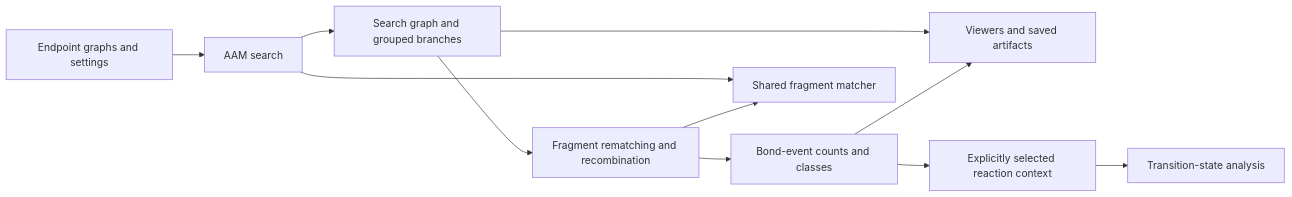
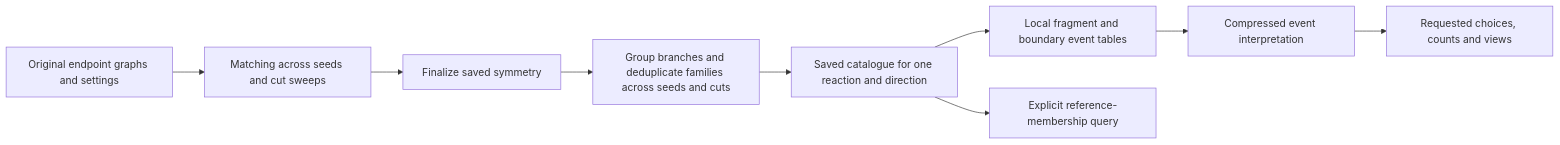
Before and after one commit to yunhzou/MAPPA-AAM: the first of 3 diagrams in design.md, drawn with Mermaid. The commit also changed other lines of this file, not shown here.

First line of the commit message:
docs: define matching reduction and local event decoding stages

````diff
--- a/design.md
+++ b/design.md
@@ -46,13 +11,11 @@
 ```mermaid
 flowchart LR
-    Input[Endpoint graphs and settings] --> Search[AAM search]
-    Search --> Result[Search graph and grouped branches]
-    Result --> Conversion[Fragment rematching and recombination]
-    Conversion --> Events[Bond-event counts and classes]
-    Search --> Matcher[Shared fragment matcher]
-    Conversion --> Matcher
-    Result --> View[Viewers and saved artifacts]
-    Events --> View
-    Events --> Reaction[Explicitly selected reaction context]
-    Reaction --> TS[Transition-state analysis]
+    Input[Original endpoint graphs and settings] --> Matching[Matching across seeds and cut sweeps]
+    Matching --> Finalize[Finalize saved symmetry]
+    Finalize --> Dedup[Group branches and deduplicate families across seeds and cuts]
+    Dedup --> Catalogue[Saved catalogue for one reaction and direction]
+    Catalogue --> Local[Local fragment and boundary event tables]
+    Local --> Decode[Compressed event interpretation]
+    Catalogue --> Verify[Explicit reference-membership query]
+    Decode --> Inspect[Requested choices, counts and views]
 ```
````
